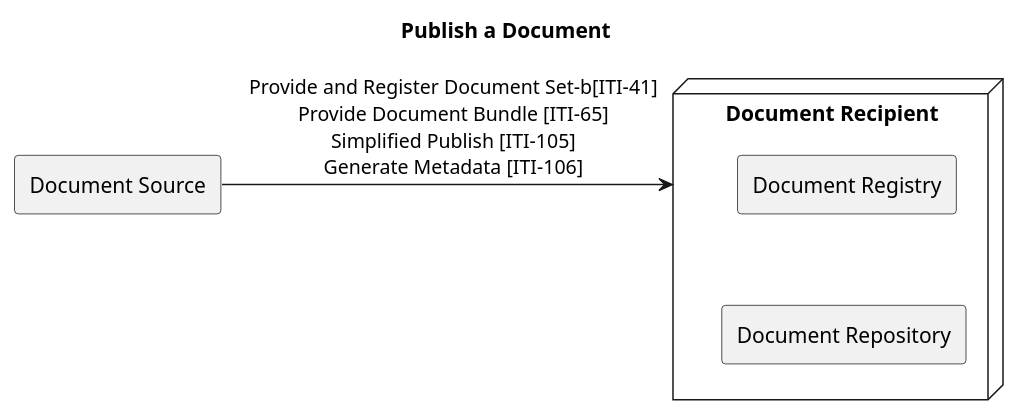
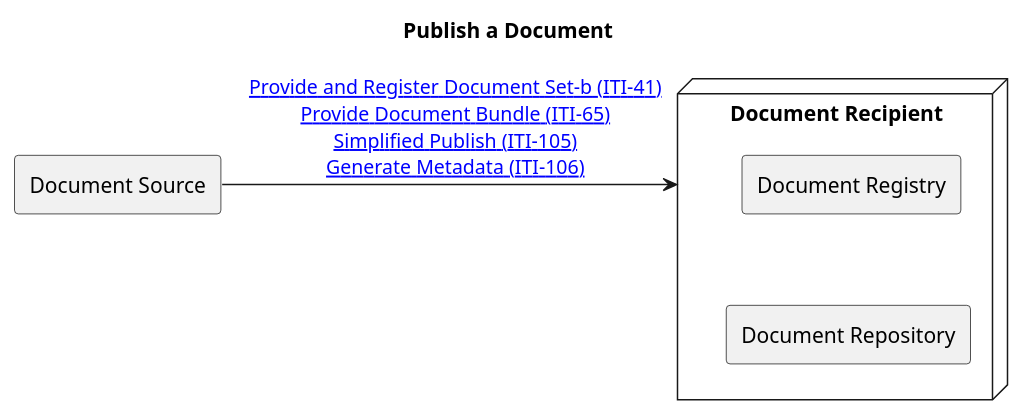
Before and after one commit to nw-gmsa/nw-gmsa.github.com: the diagram in input/images-source/ITI-41.plantuml, drawn with PlantUML. The commit also changed 2 other files, not shown here.

Commit message:
Document Feed documentation

```diff
--- a/input/images-source/ITI-41.plantuml
+++ b/input/images-source/ITI-41.plantuml
@@ -1,14 +1,16 @@
 @startuml
 
 title "Publish a Document"
 
 agent "Document Source" as Source
 node "Document Recipient" as Filler {
 agent "Document Registry" as Registry
 agent "Document Repository" as Repository
 Registry -d[hidden]- Repository
 }
 
-Source -r-> Filler: Provide and Register Document Set-b[ITI-41]\nProvide Document Bundle [ITI-65]\nSimplified Publish [ITI-105]\nGenerate Metadata [ITI-106]
+
+Source -r-> Filler: [[https://profiles.ihe.net/ITI/TF/Volume2/ITI-41.html Provide and Register Document Set-b (ITI-41)]]\n[[https://profiles.ihe.net/ITI/MHD/ITI-65.html Provide Document Bundle (ITI-65)]]\n[[https://profiles.ihe.net/ITI/MHD/ITI-105.html Simplified Publish (ITI-105)]]\n[[https://profiles.ihe.net/ITI/MHD/ITI-106.html Generate Metadata (ITI-106)]]
+
 
 @enduml
```
